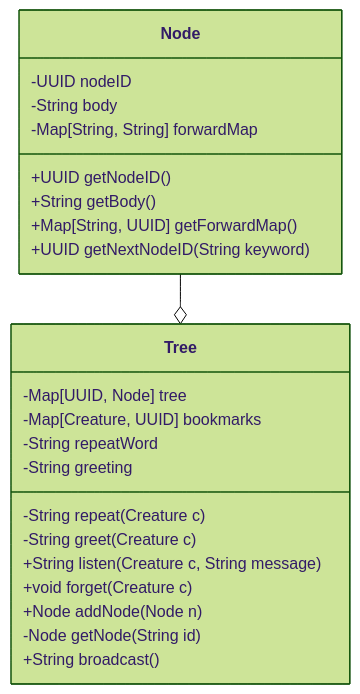
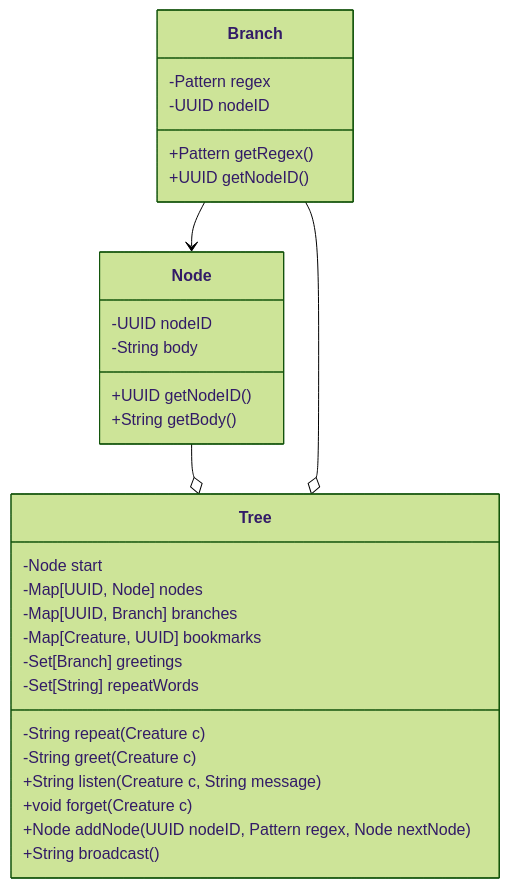
Before and after one commit to GeenDutchman/LHF-MUD: the second of 2 diagrams in gameserver/src/main/java/com/lhf/game/creature/conversation/conversation.md, drawn with Mermaid (forest theme). The commit also changed 4 other files, not shown here.

````diff
--- a/gameserver/src/main/java/com/lhf/game/creature/conversation/conversation.md
+++ b/gameserver/src/main/java/com/lhf/game/creature/conversation/conversation.md
@@ -22,30 +22,37 @@
 ```mermaid
 classDiagram
     direction TD
 
     class Node {
         -UUID nodeID
         -String body
-        -Map[String, String] forwardMap
         +UUID getNodeID()
         +String getBody()
-        +Map[String, UUID] getForwardMap()
-        +UUID getNextNodeID(String keyword)
+    }
+
+    class Branch {
+        -Pattern regex
+        -UUID nodeID
+        +Pattern getRegex()
+        +UUID getNodeID()
     }
 
     class Tree {
-        -Map[UUID, Node] tree
+        -Node start
+        -Map[UUID, Node] nodes
+        -Map[UUID, Branch] branches
         -Map[Creature, UUID] bookmarks
-        -String repeatWord
-        -String greeting
+        -Set[Branch] greetings
+        -Set[String] repeatWords 
         -String repeat(Creature c)
         -String greet(Creature c)
         +String listen(Creature c, String message)
         +void forget(Creature c)
-        +Node addNode(Node n)
-        -Node getNode(String id)
+        +Node addNode(UUID nodeID, Pattern regex, Node nextNode)
         +String broadcast()
     }
 
     Node --o Tree
+    Branch --o Tree
+    Branch --> Node
 ```
````
